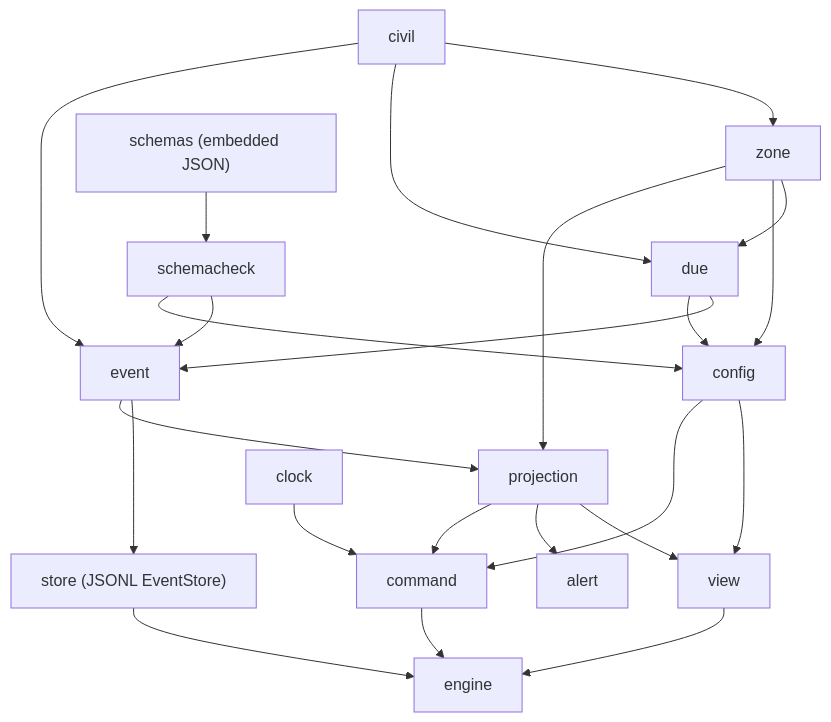
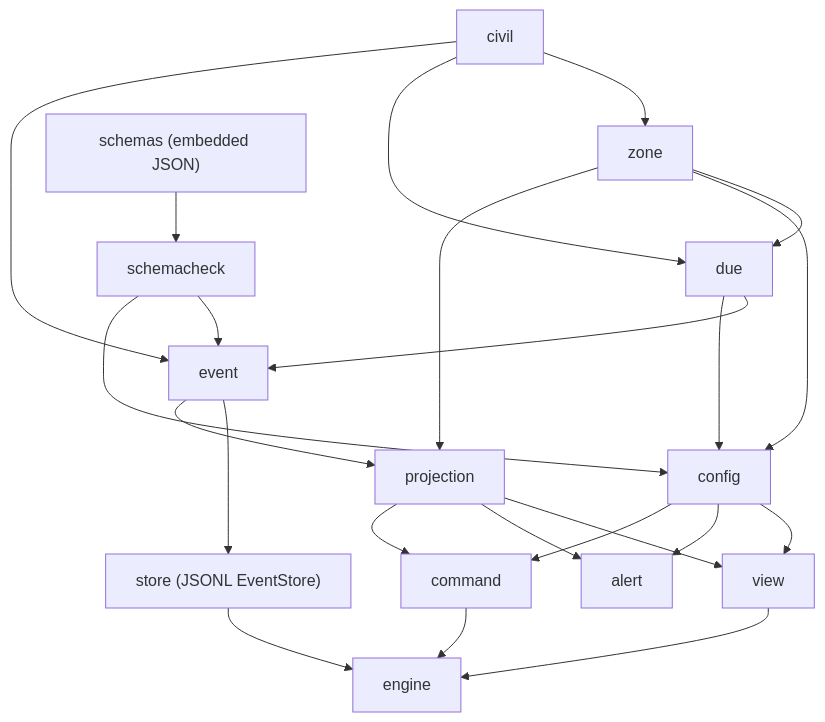
One commit to phillipgreenii/nix-agent-support changed the diagram in docs/superpowers/plans/2026-10-08-pg-task-focus-1-core-library.md. Above: the diagram before and after it, drawn with Mermaid. The commit also changed other lines of this file and 1 other file, not shown here.

````diff
--- a/docs/superpowers/plans/2026-10-08-pg-task-focus-1-core-library.md
+++ b/docs/superpowers/plans/2026-10-08-pg-task-focus-1-core-library.md
@@ -49,25 +49,25 @@
 ```mermaid
 flowchart TD
     civil["civil"] --> zone["zone"]
     civil --> due["due"]
     zone --> due
     due --> event["event"]
     civil --> event
     schemas["schemas (embedded JSON)"] --> schemacheck["schemacheck"]
     schemacheck --> event
     schemacheck --> config["config"]
     due --> config
     zone --> config
     event --> store["store (JSONL EventStore)"]
     event --> projection["projection"]
     zone --> projection
     projection --> view["view"]
     config --> view
+    config --> alert
     projection --> alert["alert"]
     view --> engine
     projection --> command["command"]
     config --> command
-    clock["clock"] --> command
     command --> engine["engine"]
     store --> engine
 ```
````
